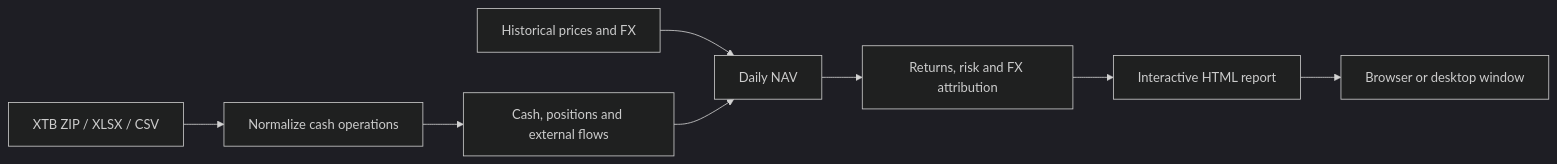
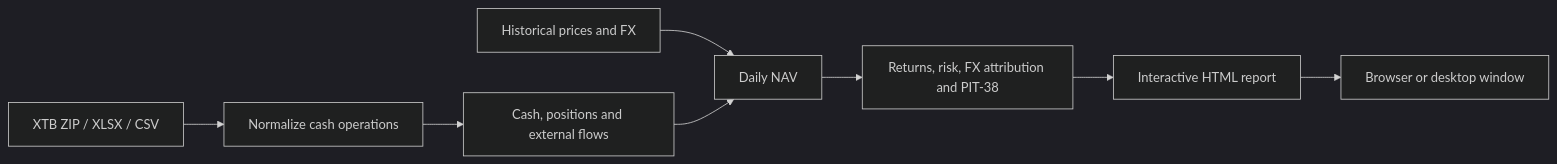
The diagram in README.md (Oliwciu123/XTB_Portfolio_Tracker), drawn with Mermaid (dark theme) before and after one commit. The commit also changed other lines of this file and 33 other files, not shown here.

````diff
--- a/README.md
+++ b/README.md
@@ -122,10 +139,10 @@
 ```mermaid
 flowchart LR
     A[XTB ZIP / XLSX / CSV] --> B[Normalize cash operations]
     B --> C[Cash, positions and external flows]
     D[Historical prices and FX] --> E[Daily NAV]
     C --> E
-    E --> F[Returns, risk and FX attribution]
+    E --> F[Returns, risk, FX attribution and PIT-38]
     F --> G[Interactive HTML report]
     G --> H[Browser or desktop window]
 ```
````
